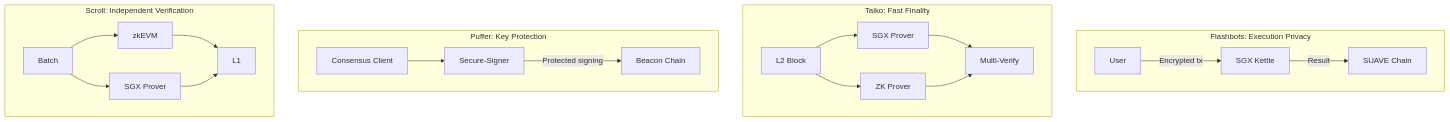
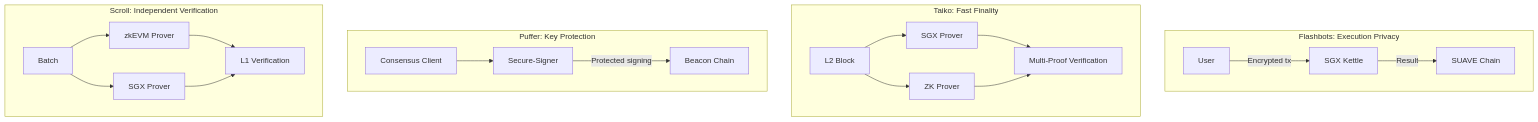
Diagram 14 of 14 in posts/05-real-world-case-studies.md (V-k-h/roots-of-trust), drawn with Mermaid before and after one commit. The commit also changed other lines of this file, not shown here.

````diff
--- a/posts/05-real-world-case-studies.md
+++ b/posts/05-real-world-case-studies.md
@@ -691,26 +701,26 @@
 ```mermaid
 flowchart TD
-    subgraph Flashbots_Pattern["Flashbots: Execution Privacy"]
-        FB_User[User] -->|Encrypted tx| FB_TEE[SGX Kettle]
-        FB_TEE -->|Result| FB_Chain[SUAVE Chain]
+    subgraph FlashbotsPattern["Flashbots: Execution Privacy"]
+        FBUser["User"] -->|"Encrypted tx"| FBTEE["SGX Kettle"]
+        FBTEE -->|"Result"| FBChain["SUAVE Chain"]
     end
     
-    subgraph Taiko_Pattern["Taiko: Fast Finality"]
-        T_Block[L2 Block] --> T_TEE[SGX Prover]
-        T_Block --> T_ZK[ZK Prover]
-        T_TEE --> T_Verify[Multi-Verify]
-        T_ZK --> T_Verify
+    subgraph TaikoPattern["Taiko: Fast Finality"]
+        TBlock["L2 Block"] --> TTEE["SGX Prover"]
+        TBlock --> TZK["ZK Prover"]
+        TTEE --> TVerify["Multi-Proof Verification"]
+        TZK --> TVerify
     end
     
-    subgraph Puffer_Pattern["Puffer: Key Protection"]
-        P_Client[Consensus Client] --> P_TEE[Secure-Signer]
-        P_TEE -->|Protected signing| P_Beacon[Beacon Chain]
+    subgraph PufferPattern["Puffer: Key Protection"]
+        PClient["Consensus Client"] --> PTEE["Secure-Signer"]
+        PTEE -->|"Protected signing"| PBeacon["Beacon Chain"]
     end
     
-    subgraph Scroll_Pattern["Scroll: Independent Verification"]
-        S_Batch[Batch] --> S_ZK[zkEVM]
-        S_Batch --> S_TEE[SGX Prover]
-        S_ZK --> S_L1[L1]
-        S_TEE --> S_L1
+    subgraph ScrollPattern["Scroll: Independent Verification"]
+        SBatch["Batch"] --> SZK["zkEVM Prover"]
+        SBatch --> STEE["SGX Prover"]
+        SZK --> SL1["L1 Verification"]
+        STEE --> SL1
     end
 ```
````
